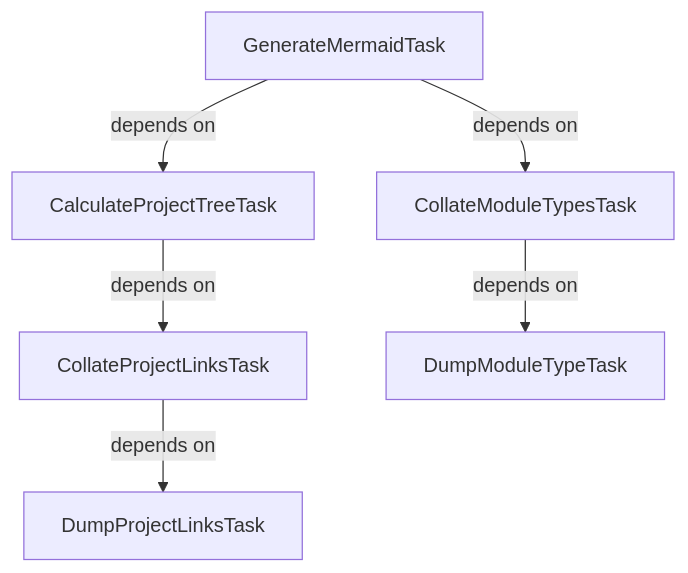
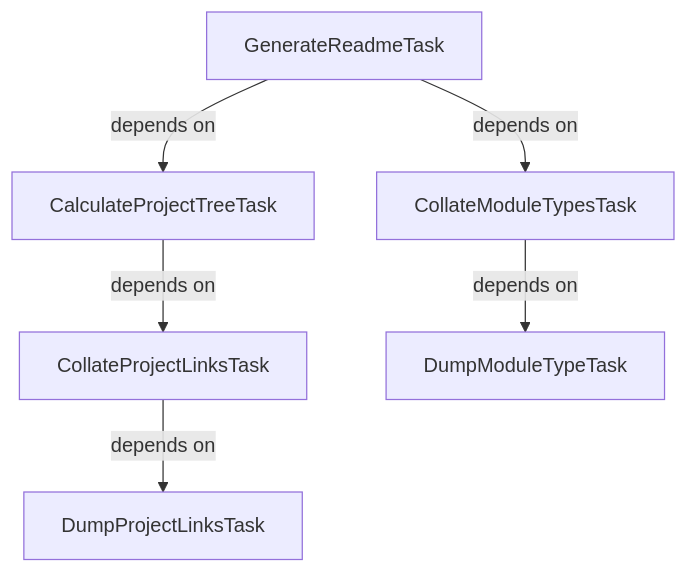
Before and after one commit to jonapoul/aktual: the diagram in build-logic/README.md, drawn with Mermaid.

````diff
--- a/build-logic/README.md
+++ b/build-logic/README.md
@@ -3,8 +3,8 @@
 ```mermaid
 flowchart TD
   CalculateProjectTreeTask -- depends on --> CollateProjectLinksTask
   CollateModuleTypesTask -- depends on --> DumpModuleTypeTask
   CollateProjectLinksTask -- depends on --> DumpProjectLinksTask
-  GenerateMermaidTask -- depends on --> CalculateProjectTreeTask
-  GenerateMermaidTask -- depends on --> CollateModuleTypesTask
+  GenerateReadmeTask -- depends on --> CalculateProjectTreeTask
+  GenerateReadmeTask -- depends on --> CollateModuleTypesTask
 ```
````
